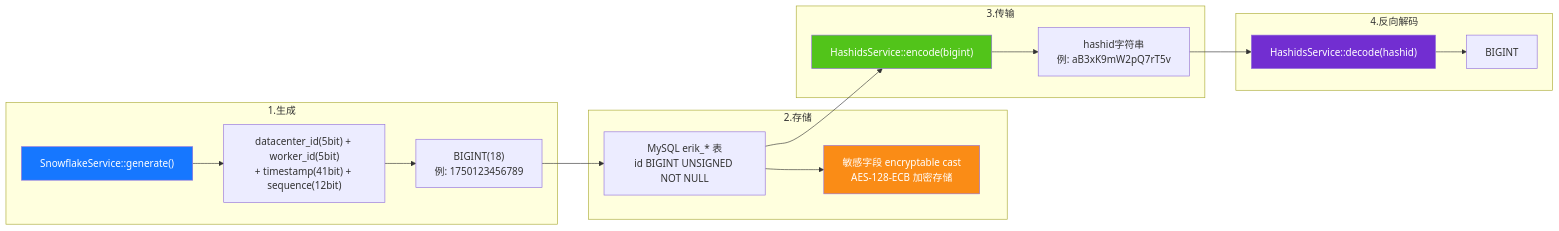
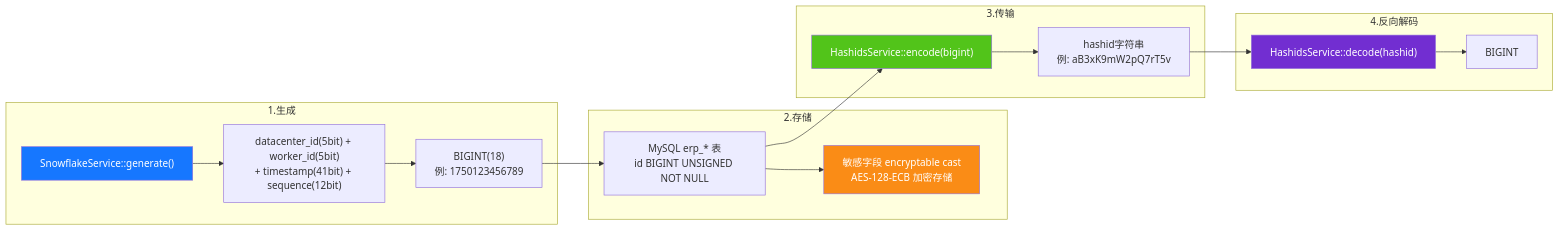
Before and after one commit to erikwang2013/erp-php: the diagram in docs/i18n/ko/diagrams/06-id-lifecycle.md, drawn with Mermaid. The commit also changed 449 other files, not shown here.

First line of the commit message:
全局命名统一：数据库 erp、表前缀 erp_、Redis 前缀 erp:（原 erik_/open_admin）

````diff
--- a/docs/i18n/ko/diagrams/06-id-lifecycle.md
+++ b/docs/i18n/ko/diagrams/06-id-lifecycle.md
@@ -3,32 +3,32 @@
 ```mermaid
 flowchart LR
     subgraph gen["1.生成"]
         g1["SnowflakeService::generate()"]
         g2["datacenter_id(5bit) + worker_id(5bit)<br/>+ timestamp(41bit) + sequence(12bit)"]
         g3["BIGINT(18)<br/>例: 1750123456789"]
         g1 --> g2 --> g3
     end
 
     subgraph store["2.存储"]
-        s1["MySQL erik_* 表<br/>id BIGINT UNSIGNED NOT NULL"]
+        s1["MySQL erp_* 表<br/>id BIGINT UNSIGNED NOT NULL"]
         s2["敏感字段 encryptable cast<br/>AES-128-ECB 加密存储"]
         g3 --> s1 --> s2
     end
 
     subgraph transfer["3.传输"]
         t1["HashidsService::encode(bigint)"]
         t2["hashid字符串<br/>例: aB3xK9mW2pQ7rT5v"]
         s1 --> t1 --> t2
     end
 
     subgraph reverse["4.反向解码"]
         r1["HashidsService::decode(hashid)"]
         r2["BIGINT"]
         t2 --> r1 --> r2
     end
 
     style g1 fill:#1677FF,color:#fff
     style s2 fill:#FA8C16,color:#fff
     style t1 fill:#52C41A,color:#fff
     style r1 fill:#722ED1,color:#fff
 ```
````
